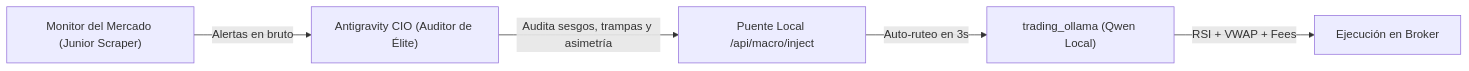
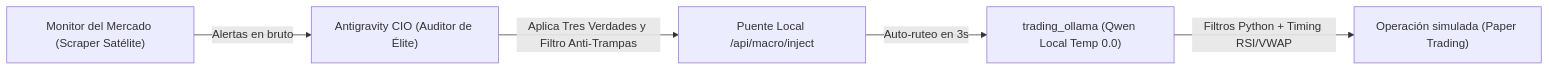
Before and after one commit to RaulCirigliano/trading_ollama: the diagram in .agents/skills/macro-cio-auditor/SKILL.md, drawn with Mermaid. The commit also changed other lines of this file and 45 other files, not shown here.

````diff
--- a/.agents/skills/macro-cio-auditor/SKILL.md
+++ b/.agents/skills/macro-cio-auditor/SKILL.md
@@ -14,7 +42,7 @@
 ```mermaid
 flowchart LR
-    A["Monitor del Mercado (Junior Scraper)"] -->|Alertas en bruto| B["Antigravity CIO (Auditor de Élite)"]
-    B -->|Audita sesgos, trampas y asimetría| C["Puente Local /api/macro/inject"]
-    C -->|Auto-ruteo en 3s| D["trading_ollama (Qwen Local)"]
-    D -->|RSI + VWAP + Fees| E["Ejecución en Broker"]
+    A["Monitor del Mercado (Scraper Satélite)"] -->|Alertas en bruto| B["Antigravity CIO (Auditor de Élite)"]
+    B -->|Aplica Tres Verdades y Filtro Anti-Trampas| C["Puente Local /api/macro/inject"]
+    C -->|Auto-ruteo en 3s| D["trading_ollama (Qwen Local Temp 0.0)"]
+    D -->|Filtros Python + Timing RSI/VWAP| E["Operación simulada (Paper Trading)"]
 ```
````
